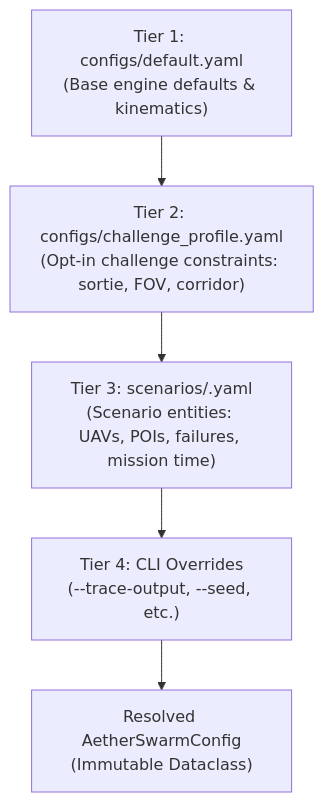
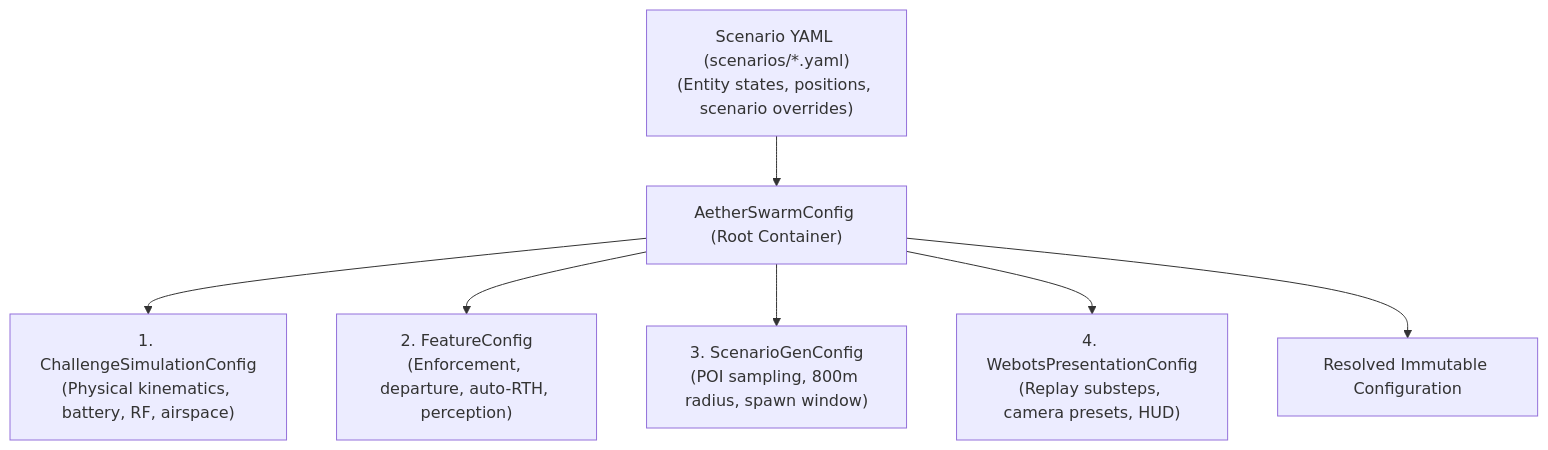
Before and after one commit to ThePixelScript/AetherSwarm: the diagram in docs/CONFIGURATION_AND_SCENARIOS.md, drawn with Mermaid. The commit also changed other lines of this file and 11 other files, not shown here.

````diff
--- a/docs/CONFIGURATION_AND_SCENARIOS.md
+++ b/docs/CONFIGURATION_AND_SCENARIOS.md
@@ -7,12 +7,16 @@
 ```mermaid
 flowchart TD
-    Tier1["Tier 1: configs/default.yaml\n(Base engine defaults & kinematics)"]
-    Tier2["Tier 2: configs/challenge_profile.yaml\n(Opt-in challenge constraints: sortie, FOV, corridor)"]
-    Tier3["Tier 3: scenarios/<name>.yaml\n(Scenario entities: UAVs, POIs, failures, mission time)"]
-    Tier4["Tier 4: CLI Overrides\n(--trace-output, --seed, etc.)"]
+    Root["AetherSwarmConfig (Root Container)"]
+    L1["1. ChallengeSimulationConfig\n(Physical kinematics, battery, RF, airspace)"]
+    L2["2. FeatureConfig\n(Enforcement, departure, auto-RTH, perception)"]
+    L3["3. ScenarioGenConfig\n(POI sampling, 800m radius, spawn window)"]
+    L4["4. WebotsPresentationConfig\n(Replay substeps, camera presets, HUD)"]
+    YAML["Scenario YAML (scenarios/*.yaml)\n(Entity states, positions, scenario overrides)"]
 
-    Tier1 --> Tier2
-    Tier2 --> Tier3
-    Tier3 --> Tier4
-    Tier4 --> Resolved["Resolved AetherSwarmConfig\n(Immutable Dataclass)"]
+    Root --> L1
+    Root --> L2
+    Root --> L3
+    Root --> L4
+    YAML --> Root
+    Root --> Resolved["Resolved Immutable Configuration"]
 ```
````
